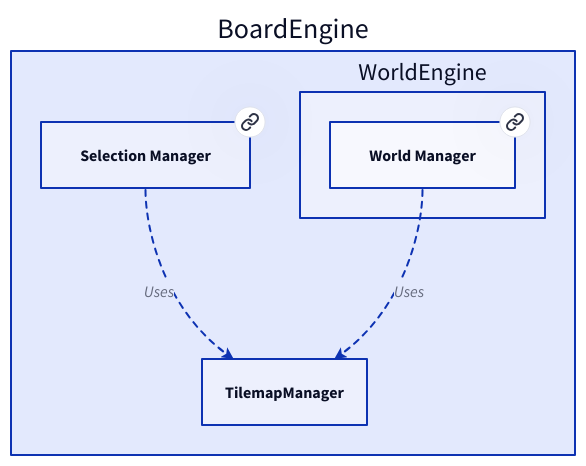
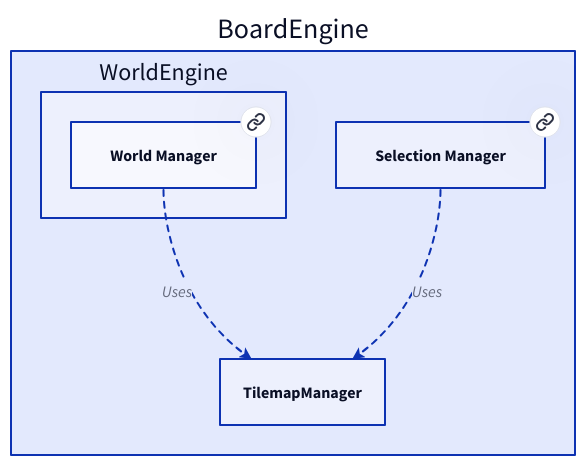
Before and after one commit to Portevent/Brume-Documentation: the diagram in doc/graphs/d2/TilemapManager.d2, drawn with D2. The commit also changed other lines of this file and 128 other files, not shown here.

```diff
--- a/doc/graphs/d2/TilemapManager.d2
+++ b/doc/graphs/d2/TilemapManager.d2
@@ -1,21 +1,21 @@
 # Nodes :
 BoardEngine: {
-    SelectionManager: Selection Manager {
-       link: SelectionManager
-    }
     WorldEngine: {
         WorldManager: World Manager {
            link: WorldManager
         }
     }
+    SelectionManager: Selection Manager {
+       link: SelectionManager
+    }
 }
 
 # Links :
+BoardEngine.WorldEngine.WorldManager -> BoardEngine.TilemapManager: Uses {style.stroke-dash: 3
+source-arrowhead: {}
+target-arrowhead: {shape: arrow}
+}
 BoardEngine.SelectionManager -> BoardEngine.TilemapManager: Uses {style.stroke-dash: 3
 source-arrowhead: {}
 target-arrowhead: {shape: arrow}
 }
-BoardEngine.WorldEngine.WorldManager -> BoardEngine.TilemapManager: Uses {style.stroke-dash: 3
-source-arrowhead: {}
-target-arrowhead: {shape: arrow}
-}
```
